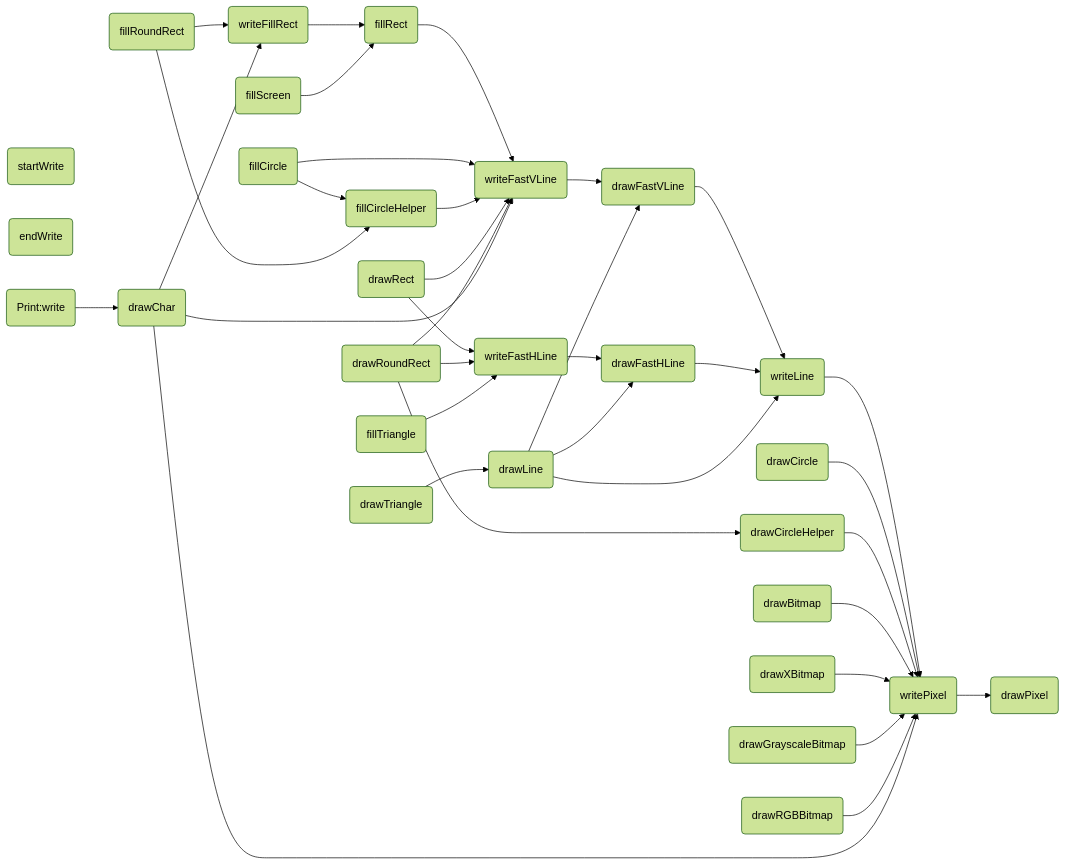
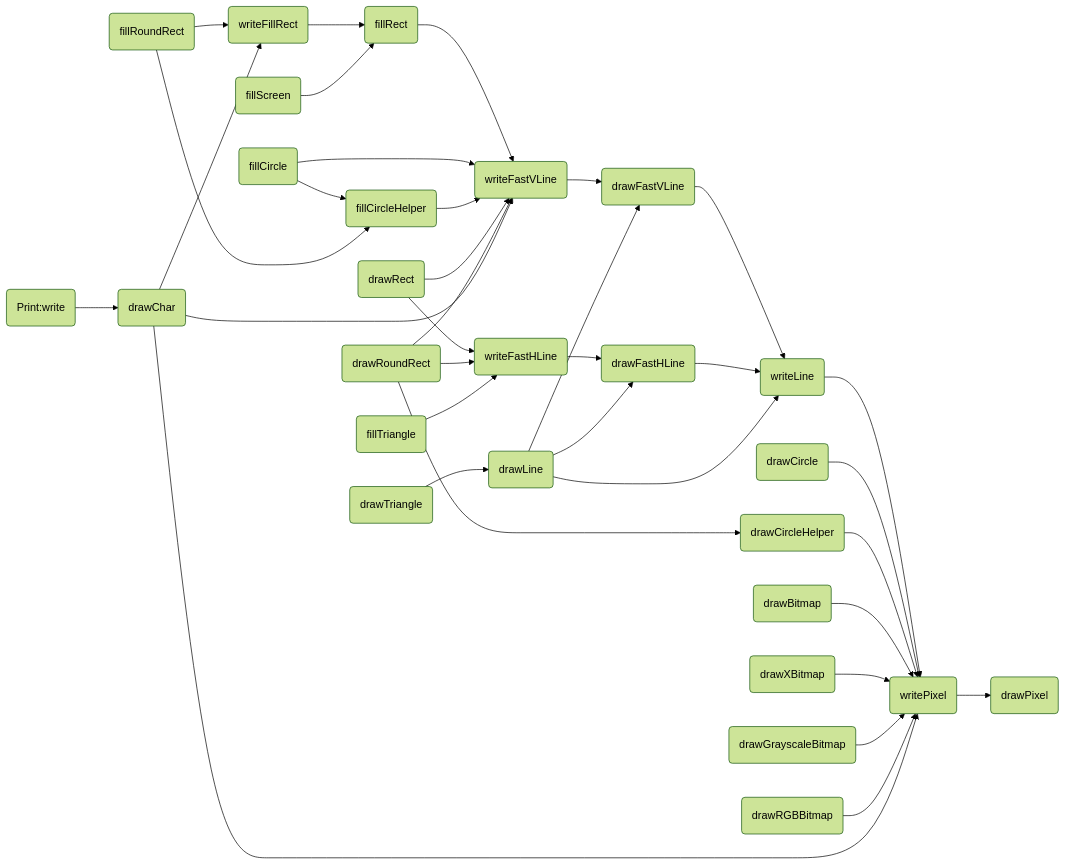
The diagram in all/未命名.md (icodezhanglei/iodraw-files), drawn with Mermaid (forest theme) before and after one commit.

Commit message:
2024-09-13 18:47:20 update

````diff
--- a/all/未命名.md
+++ b/all/未命名.md
@@ -1,61 +1,59 @@
 ```mermaid
 flowchart LR
 
 drawPixel(drawPixel)
-startWrite(startWrite)
-endWrite(endWrite)
 writePixel(writePixel)
 writeFillRect(writeFillRect)
 writeFastVLine(writeFastVLine)
 writeFastHLine(writeFastHLine)
 writeLine(writeLine)
 drawFastVLine(drawFastVLine)
 drawFastHLine(drawFastHLine)
 fillRect(fillRect)
 fillScreen(fillScreen)
 drawLine(drawLine)
 drawRect(drawRect)
 drawCircle(drawCircle)
 drawCircleHelper(drawCircleHelper)
 fillCircle(fillCircle)
 fillCircleHelper(fillCircleHelper)
 drawTriangle(drawTriangle)
 fillTriangle(fillTriangle)
 drawRoundRect(drawRoundRect)
 fillRoundRect(fillRoundRect)
 drawBitmap(drawBitmap)
 drawXBitmap(drawXBitmap)
 drawGrayscaleBitmap(drawGrayscaleBitmap)
 drawRGBBitmap(drawRGBBitmap)
 drawChar(drawChar)
 write(Print:write)
 
 
 writeLine --> writePixel --> drawPixel
 
 writeFastVLine --> drawFastVLine
 drawFastVLine --> writeLine
 
 writeFastHLine --> drawFastHLine
 drawFastHLine --> writeLine
 
 writeFillRect --> fillRect --> writeFastVLine
 
 fillScreen --> fillRect
 drawLine --> drawFastVLine & drawFastHLine &  writeLine
 drawCircle -->  writePixel
 drawCircleHelper --> writePixel
 fillCircle --> writeFastVLine & fillCircleHelper
 fillCircleHelper --> writeFastVLine
 drawRect --> writeFastHLine & writeFastVLine
 drawRoundRect --> writeFastHLine & writeFastVLine & drawCircleHelper
 fillRoundRect -->  writeFillRect & fillCircleHelper
 drawTriangle --> drawLine
 fillTriangle --> writeFastHLine
 drawBitmap -->  writePixel
 drawXBitmap -->  writePixel
 drawGrayscaleBitmap -->  writePixel
 drawRGBBitmap --> writePixel
 drawChar --> writePixel & writeFillRect & writeFastVLine
 write --> drawChar
 ```
````
